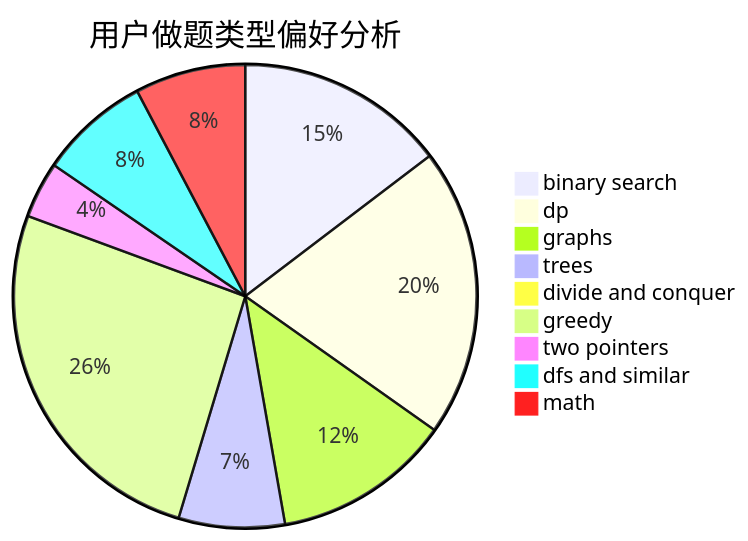
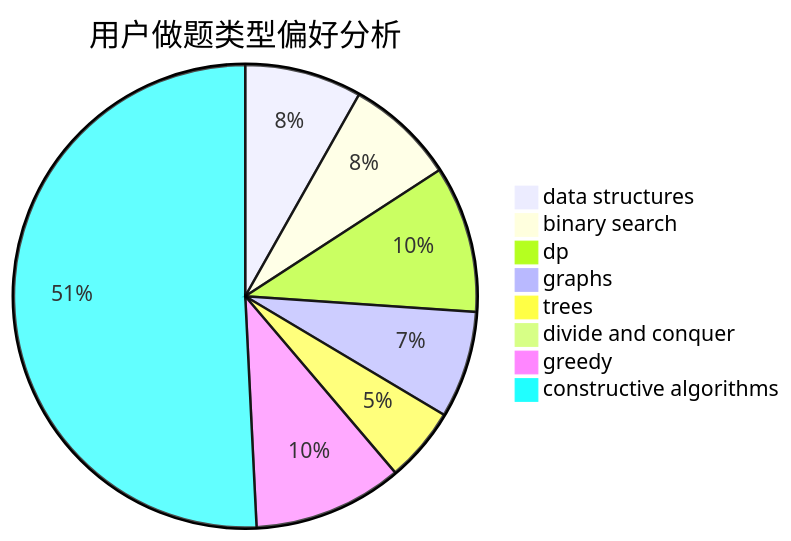
One commit to sherpahu/cfrs.github.io changed the second of 3 diagrams in docs/user/u1231.md. Above: the diagram before and after it, drawn with Mermaid. The commit also changed other lines of this file and 2775 other files, not shown here.

````diff
--- a/docs/user/u1231.md
+++ b/docs/user/u1231.md
@@ -23,12 +23,11 @@
 ```mermaid
 pie title 用户做题类型偏好分析
-    "binary search" :  93
-    "dp" :  128
-    "graphs" :  79
-    "trees" :  47
-    "divide and conquer" :  6
-    "greedy" :  165
-    "two pointers" :  25
-    "dfs and similar" :  49
-    "math" :  49
+    "data structures" :  47
+    "binary search" :  44
+    "dp" :  59
+    "graphs" :  43
+    "trees" :  30
+    "divide and conquer" :  0
+    "greedy" :  60
+    "constructive algorithms" :  292
 ```
````
